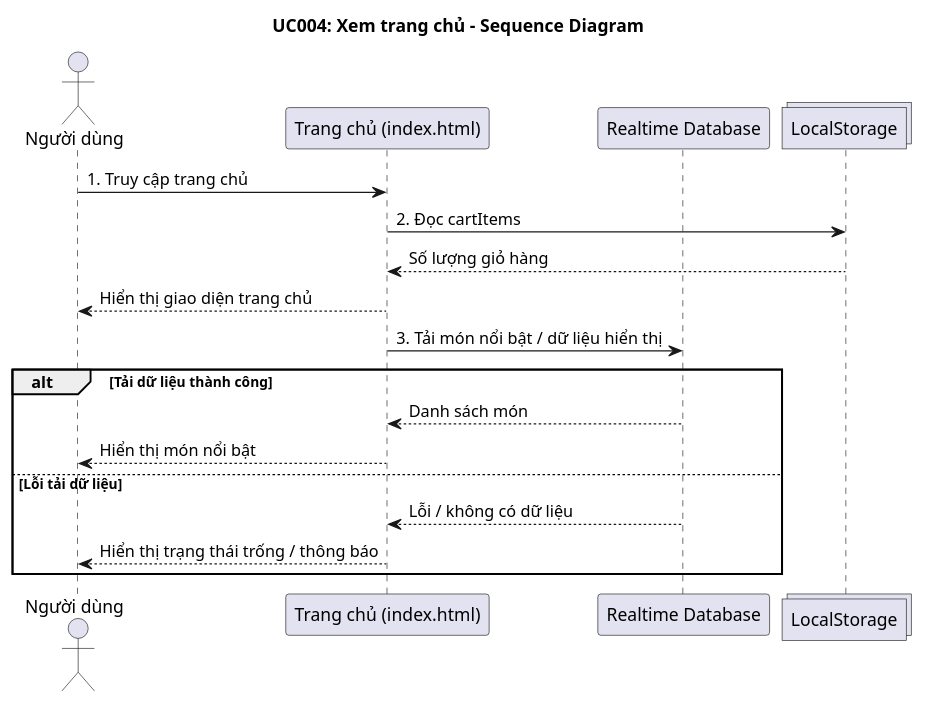
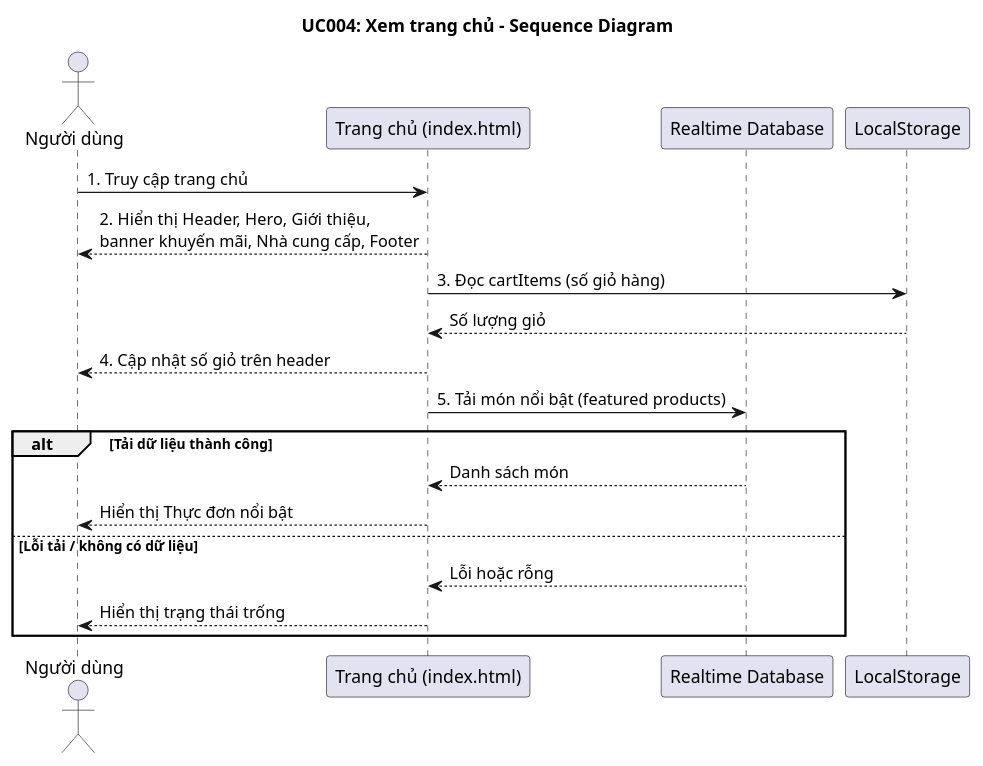
One commit to nhuquynh09a/nolitapizza changed the diagram in UC004_Home_Sequence_Diagram.puml. Above: the diagram before and after it, drawn with PlantUML. The commit also changed 24 other files, not shown here.

```diff
--- a/UC004_Home_Sequence_Diagram.puml
+++ b/UC004_Home_Sequence_Diagram.puml
@@ -1,23 +1,25 @@
 @startuml UC004_Home_Sequence_Diagram
 title UC004: Xem trang chủ - Sequence Diagram
 
 actor "Người dùng" as User
 participant "Trang chủ (index.html)" as UI
 participant "Realtime Database" as DB
-collections "LocalStorage" as LS
+participant "LocalStorage" as LS
 
 User -> UI: 1. Truy cập trang chủ
-UI -> LS: 2. Đọc cartItems
-LS --> UI: Số lượng giỏ hàng
-UI --> User: Hiển thị giao diện trang chủ
+UI --> User: 2. Hiển thị Header, Hero, Giới thiệu,\nbanner khuyến mãi, Nhà cung cấp, Footer
 
-UI -> DB: 3. Tải món nổi bật / dữ liệu hiển thị
+UI -> LS: 3. Đọc cartItems (số giỏ hàng)
+LS --> UI: Số lượng giỏ
+UI --> User: 4. Cập nhật số giỏ trên header
+
+UI -> DB: 5. Tải món nổi bật (featured products)
 alt Tải dữ liệu thành công
   DB --> UI: Danh sách món
-  UI --> User: Hiển thị món nổi bật
-else Lỗi tải dữ liệu
-  DB --> UI: Lỗi / không có dữ liệu
-  UI --> User: Hiển thị trạng thái trống / thông báo
+  UI --> User: Hiển thị Thực đơn nổi bật
+else Lỗi tải / không có dữ liệu
+  DB --> UI: Lỗi hoặc rỗng
+  UI --> User: Hiển thị trạng thái trống
 end
 
 @enduml
```
